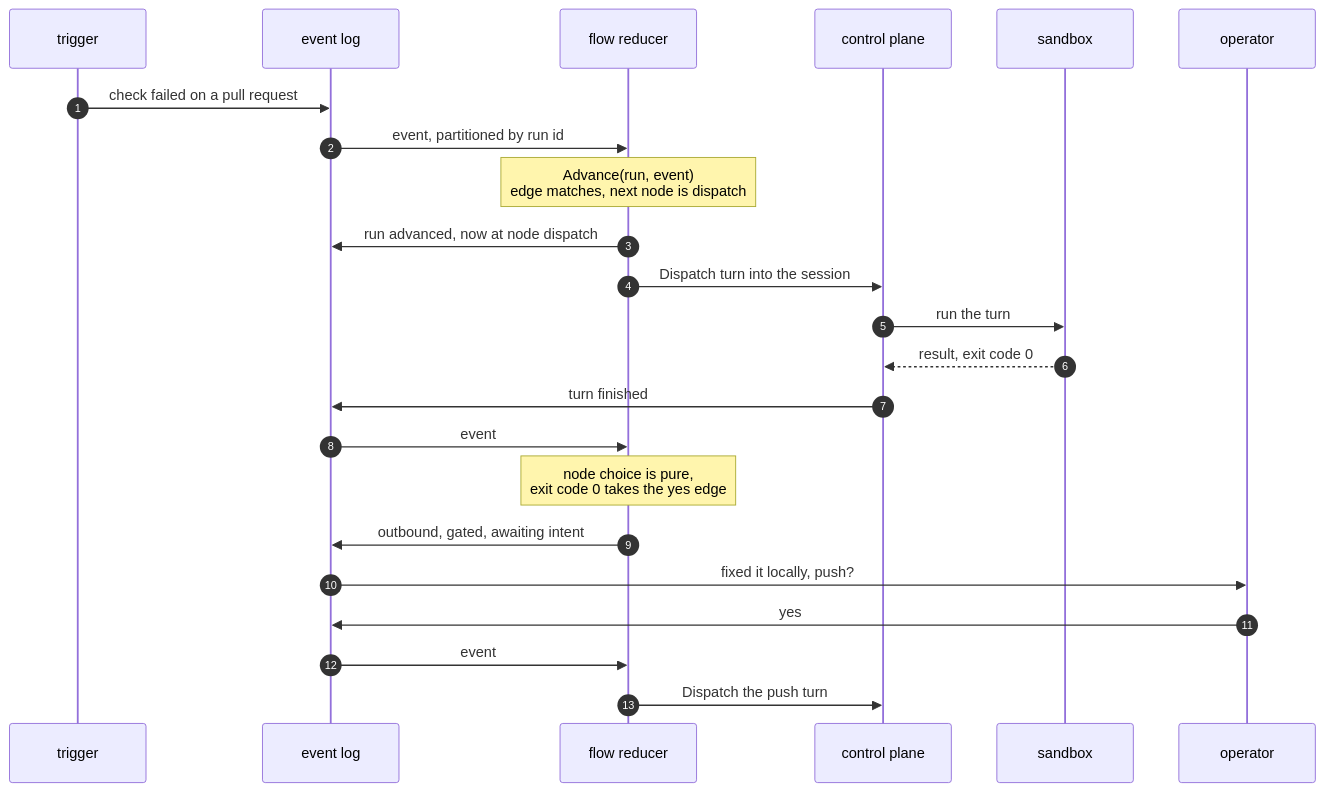
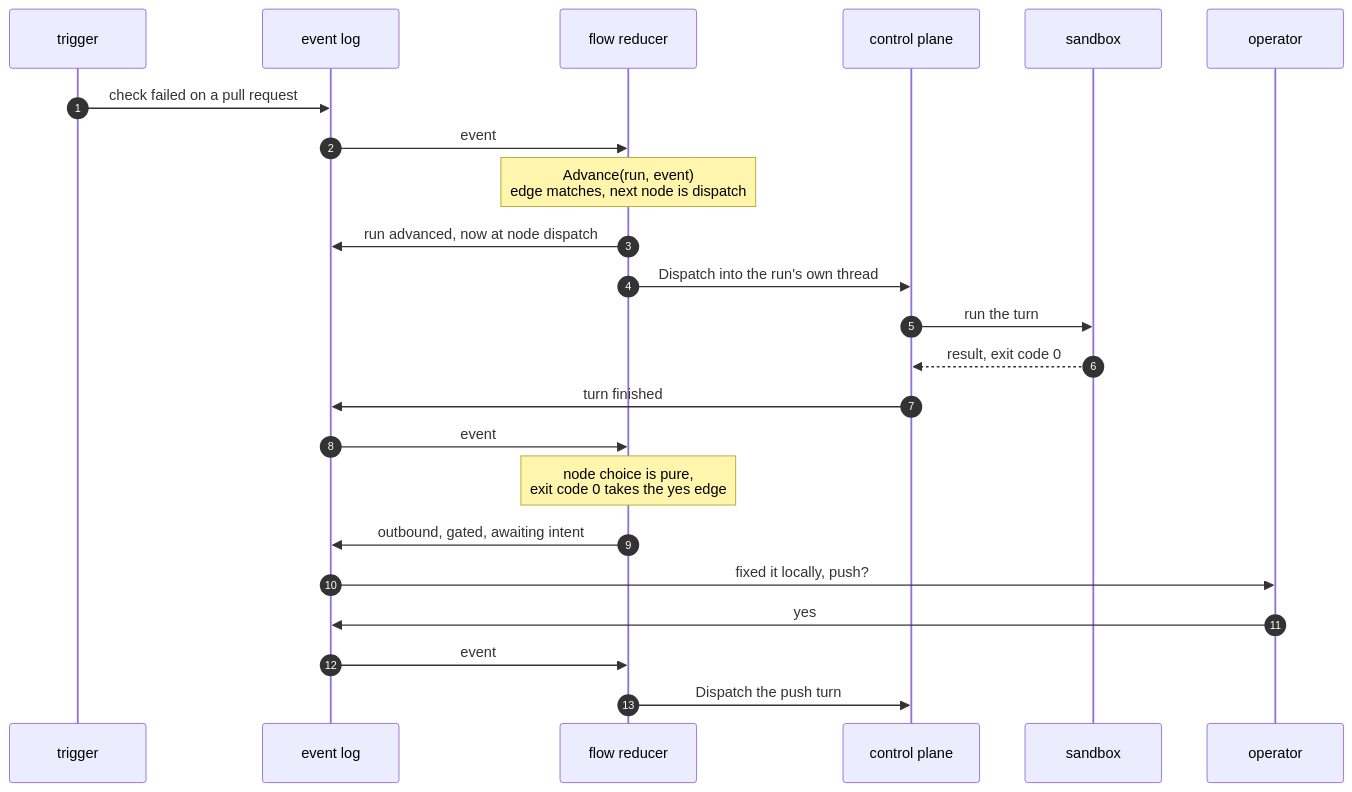
The third of 4 diagrams in docs/ARCHITECTURE.md (atlantic-blue/quay-crew), drawn with Mermaid before and after one commit. The commit also changed other lines of this file, not shown here.

Commit message:
docs: a workflow run owns its own thread

````diff
--- a/docs/ARCHITECTURE.md
+++ b/docs/ARCHITECTURE.md
@@ -337,26 +372,26 @@
 ```mermaid
 sequenceDiagram
     autonumber
     participant EV as trigger
     participant LOG as event log
     participant FLOW as flow reducer
     participant API as control plane
     participant SBX as sandbox
     participant YOU as operator
 
     EV->>LOG: check failed on a pull request
-    LOG->>FLOW: event, partitioned by run id
+    LOG->>FLOW: event
     Note over FLOW: Advance(run, event)<br/>edge matches, next node is dispatch
     FLOW->>LOG: run advanced, now at node dispatch
-    FLOW->>API: Dispatch turn into the session
+    FLOW->>API: Dispatch into the run's own thread
     API->>SBX: run the turn
     SBX-->>API: result, exit code 0
     API->>LOG: turn finished
     LOG->>FLOW: event
     Note over FLOW: node choice is pure,<br/>exit code 0 takes the yes edge
     FLOW->>LOG: outbound, gated, awaiting intent
     LOG->>YOU: fixed it locally, push?
     YOU->>LOG: yes
     LOG->>FLOW: event
     FLOW->>API: Dispatch the push turn
 ```
````
